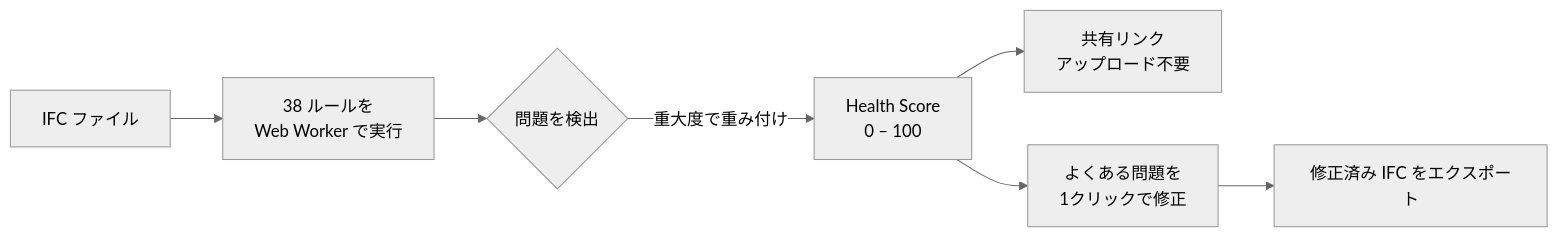
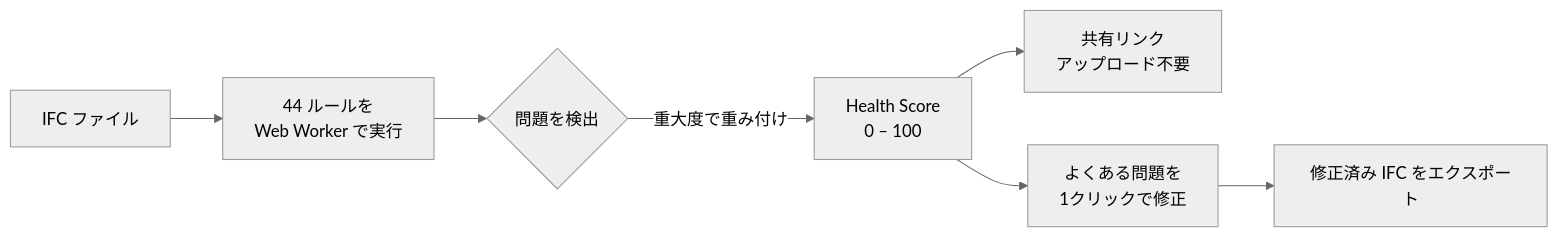
Before and after one commit to j03rul4nd/ifc-viewer-online: the first of 2 diagrams in README.ja.md, drawn with Mermaid (neutral theme). The commit also changed other lines of this file and 24 other files, not shown here.

````diff
--- a/README.ja.md
+++ b/README.ja.md
@@ -125,9 +127,9 @@
 ```mermaid
 flowchart LR
-    A[IFC ファイル] --> B[38 ルールを<br/>Web Worker で実行]
+    A[IFC ファイル] --> B[44 ルールを<br/>Web Worker で実行]
     B --> C{問題を検出}
     C -->|重大度で重み付け| D[Health Score<br/>0 – 100]
     D --> E[共有リンク<br/>アップロード不要]
     D --> F[よくある問題を<br/>1クリックで修正]
     F --> G[修正済み IFC をエクスポート]
 ```
````
